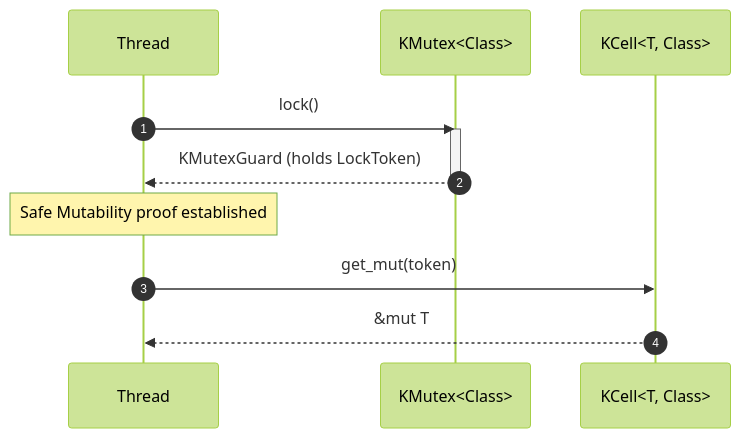
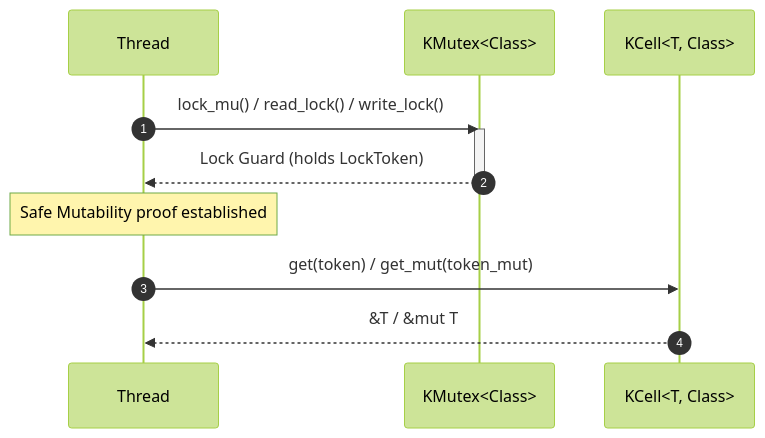
The second of 2 diagrams in zircon/skills/cpp-to-rust-coder/SKILL.md (misttech/fuchsia), drawn with Mermaid (forest theme) before and after one commit. The commit also changed other lines of this file and 13 other files, not shown here.

````diff
--- a/zircon/skills/cpp-to-rust-coder/SKILL.md
+++ b/zircon/skills/cpp-to-rust-coder/SKILL.md
@@ -165,15 +165,15 @@
 ```mermaid
 sequenceDiagram
     autonumber
     participant Thread
     participant KMutex as KMutex<Class>
     participant KCell as KCell<T, Class>
 
-    Thread->>KMutex: lock()
+    Thread->>KMutex: lock_mu() / read_lock() / write_lock()
     activate KMutex
-    KMutex-->>Thread: KMutexGuard (holds LockToken)
+    KMutex-->>Thread: Lock Guard (holds LockToken)
     deactivate KMutex
     Note over Thread: Safe Mutability proof established
-    Thread->>KCell: get_mut(token)
-    KCell-->>Thread: &mut T
+    Thread->>KCell: get(token) / get_mut(token_mut)
+    KCell-->>Thread: &T / &mut T
 ```
````
